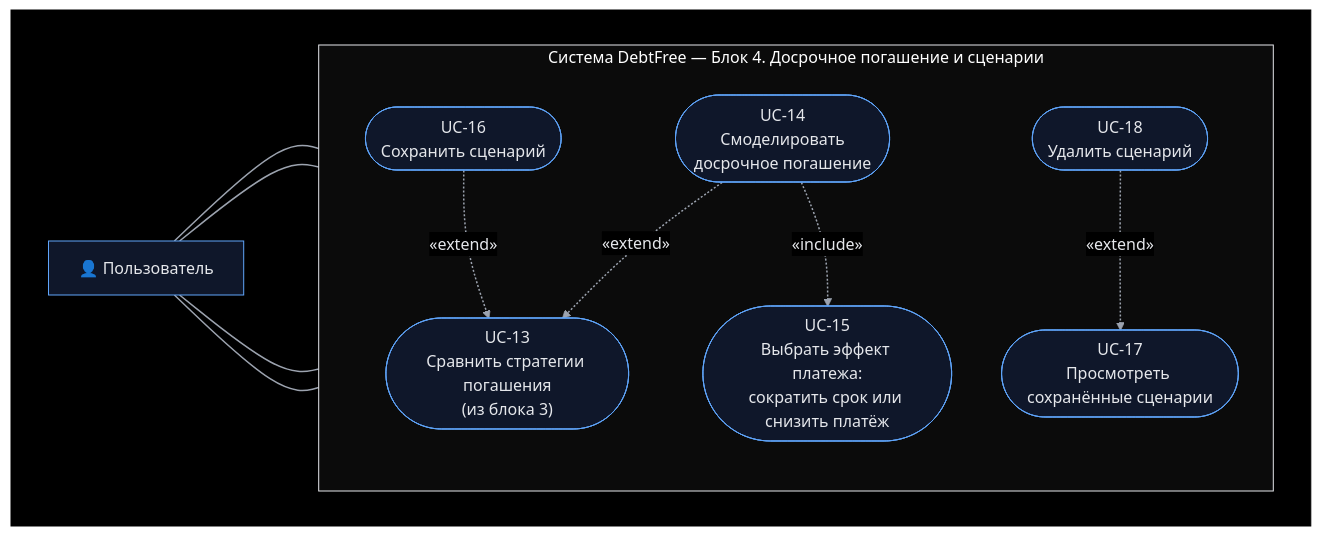
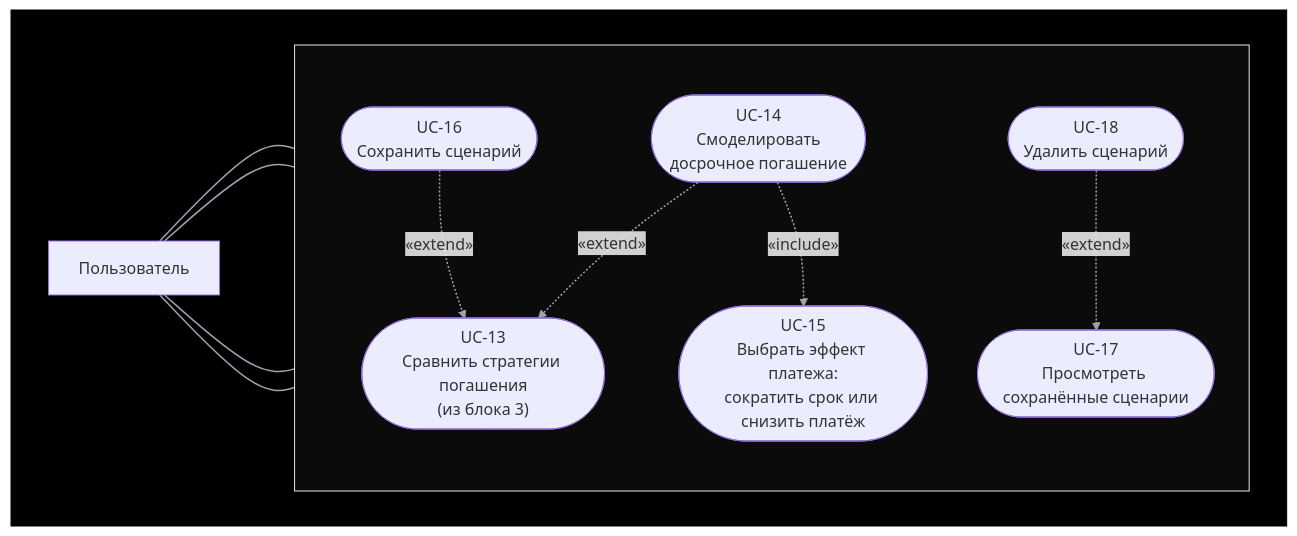
One commit to NE4EL/DebtFree changed the fourth of 6 diagrams in README.md. Above: the diagram before and after it, drawn with Mermaid. The commit also changed other lines of this file, not shown here.

````diff
--- a/README.md
+++ b/README.md
@@ -132,32 +131,31 @@
 ```mermaid
-%%{init: {'theme':'base','themeVariables': {'background':'#000000','primaryColor':'#0f172a','primaryBorderColor':'#60a5fa','primaryTextColor':'#e5e7eb','nodeTextColor':'#e5e7eb','secondaryColor':'#0b0b0b','tertiaryColor':'#0b0b0b','tertiaryTextColor':'#e5e7eb','clusterBkg':'#0b0b0b','clusterBorder':'#e5e7eb','lineColor':'#9ca3af','textColor':'#e5e7eb','titleColor':'#ffffff','edgeLabelBackground':'#000000'}}}%%
 flowchart LR
     subgraph BG[" "]
         direction LR
-        U["👤 Пользователь"]
+        U["Пользователь"]
 
-        subgraph SYS["Система DebtFree — Блок 4. Досрочное погашение и сценарии"]
+        subgraph SYS[" "]
             direction TB
             UC13(["UC-13<br/>Сравнить стратегии погашения<br/>(из блока 3)"])
             UC14(["UC-14<br/>Смоделировать<br/>досрочное погашение"])
             UC15(["UC-15<br/>Выбрать эффект платежа:<br/>сократить срок или снизить платёж"])
             UC16(["UC-16<br/>Сохранить сценарий"])
             UC17(["UC-17<br/>Просмотреть сохранённые сценарии"])
             UC18(["UC-18<br/>Удалить сценарий"])
         end
 
         U --- UC14
         U --- UC16
         U --- UC17
         U --- UC18
 
         UC14 -. "«extend»" .-> UC13
         UC16 -. "«extend»" .-> UC13
         UC14 -. "«include»" .-> UC15
         UC18 -. "«extend»" .-> UC17
     end
 
     style BG fill:#000000,stroke:#000000
     style SYS fill:#0b0b0b,stroke:#e5e7eb,color:#ffffff
     linkStyle default stroke:#9ca3af,stroke-width:1.5px
 ```
````
